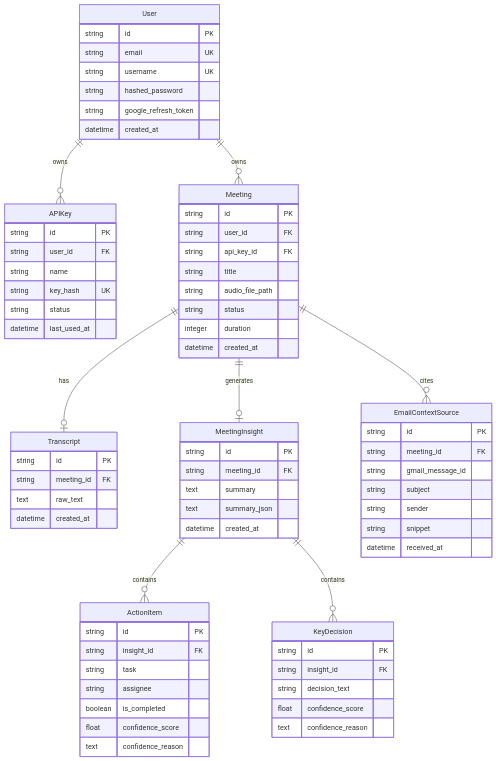
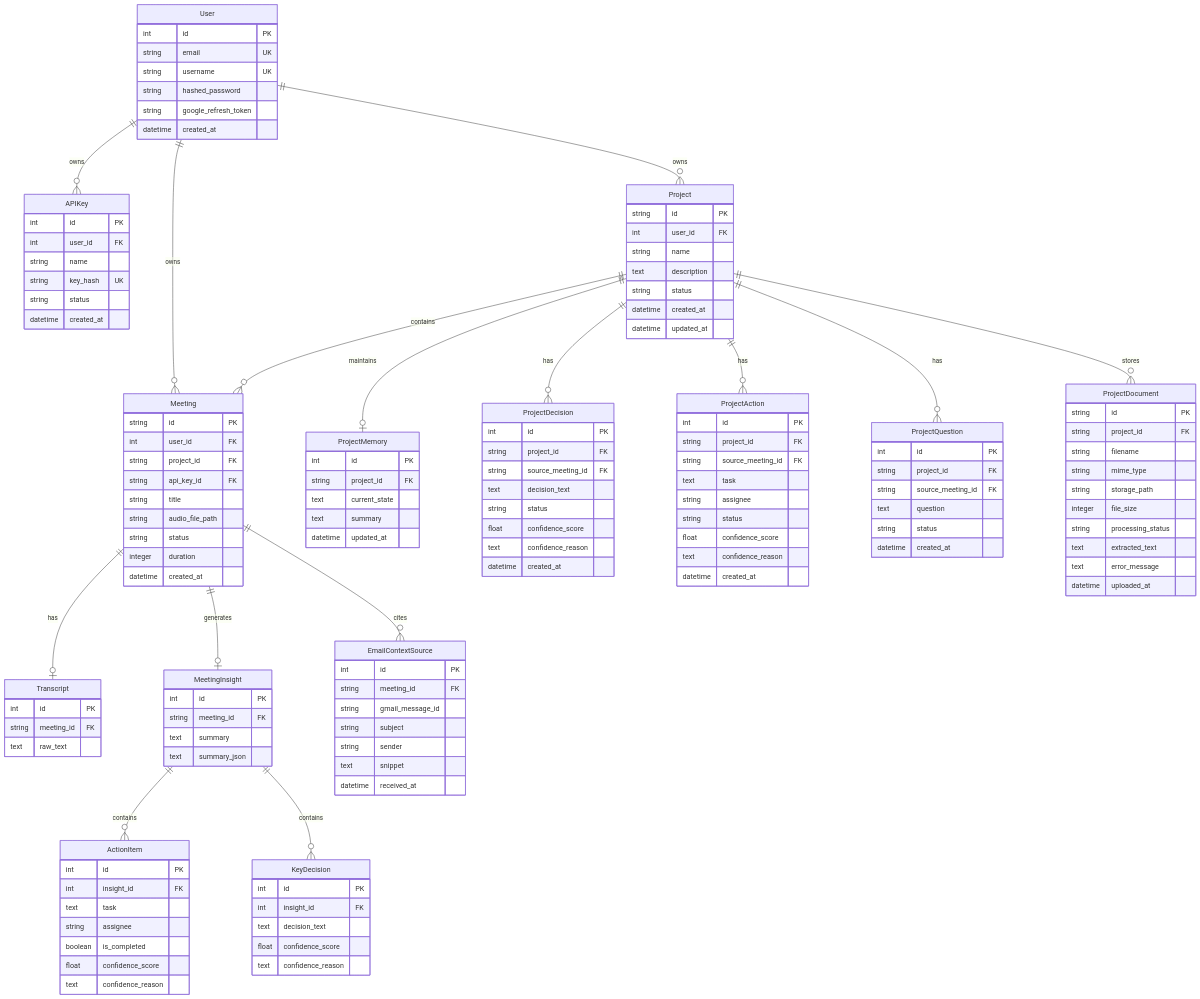
Before and after one commit to adarsh-v-h/MeetInMin: the fourth of 4 diagrams in Docs/ARCHITECTURE.md, drawn with Mermaid. The commit also changed other lines of this file and 1 other file, not shown here.

Commit message:
docs: Comprehensive update for project document uploads, memory engine, completed meeting checks, and system architecture

````diff
--- a/Docs/ARCHITECTURE.md
+++ b/Docs/ARCHITECTURE.md
@@ -176,6 +192,15 @@
 erDiagram
     User ||--o{ APIKey : owns
     User ||--o{ Meeting : owns
+    User ||--o{ Project : owns
+    
+    Project ||--o| ProjectMemory : maintains
+    Project ||--o{ ProjectDecision : has
+    Project ||--o{ ProjectAction : has
+    Project ||--o{ ProjectQuestion : has
+    Project ||--o{ ProjectDocument : stores
+    Project ||--o{ Meeting : contains
+
     Meeting ||--o| Transcript : has
     Meeting ||--o| MeetingInsight : generates
     Meeting ||--o{ EmailContextSource : cites
@@ -183,7 +208,7 @@
     MeetingInsight ||--o{ KeyDecision : contains
 
     User {
-        string id PK
+        int id PK
         string email UK
         string username UK
         string hashed_password
@@ -192,17 +217,81 @@
     }
 
     APIKey {
-        string id PK
-        string user_id FK
+        int id PK
+        int user_id FK
         string name
         string key_hash UK
         string status
-        datetime last_used_at
+        datetime created_at
+    }
+
+    Project {
+        string id PK
+        int user_id FK
+        string name
+        text description
+        string status
+        datetime created_at
+        datetime updated_at
+    }
+
+    ProjectMemory {
+        int id PK
+        string project_id FK
+        text current_state
+        text summary
+        datetime updated_at
+    }
+
+    ProjectDecision {
+        int id PK
+        string project_id FK
+        string source_meeting_id FK
+        text decision_text
+        string status
+        float confidence_score
+        text confidence_reason
+        datetime created_at
+    }
+
+    ProjectAction {
+        int id PK
+        string project_id FK
+        string source_meeting_id FK
+        text task
+        string assignee
+        string status
+        float confidence_score
+        text confidence_reason
+        datetime created_at
+    }
+
+    ProjectQuestion {
+        int id PK
+        string project_id FK
+        string source_meeting_id FK
+        text question
+        string status
+        datetime created_at
+    }
+
+    ProjectDocument {
+        string id PK
+        string project_id FK
+        string filename
+        string mime_type
+        string storage_path
+        integer file_size
+        string processing_status
+        text extracted_text
+        text error_message
+        datetime uploaded_at
     }
 
     Meeting {
         string id PK
-        string user_id FK
+        int user_id FK
+        string project_id FK
         string api_key_id FK
         string title
         string audio_file_path
@@ -212,24 +301,22 @@
     }
 
     Transcript {
-        string id PK
+        int id PK
         string meeting_id FK
         text raw_text
-        datetime created_at
     }
 
     MeetingInsight {
-        string id PK
+        int id PK
         string meeting_id FK
         text summary
         text summary_json
-        datetime created_at
     }
 
     ActionItem {
-        string id PK
-        string insight_id FK
-        string task
+        int id PK
+        int insight_id FK
+        text task
         string assignee
         boolean is_completed
         float confidence_score
@@ -237,20 +324,20 @@
     }
 
     KeyDecision {
-        string id PK
-        string insight_id FK
-        string decision_text
+        int id PK
+        int insight_id FK
+        text decision_text
         float confidence_score
         text confidence_reason
     }
 
     EmailContextSource {
-        string id PK
+        int id PK
         string meeting_id FK
         string gmail_message_id
         string subject
         string sender
-        string snippet
+        text snippet
         datetime received_at
     }
 ```
````
